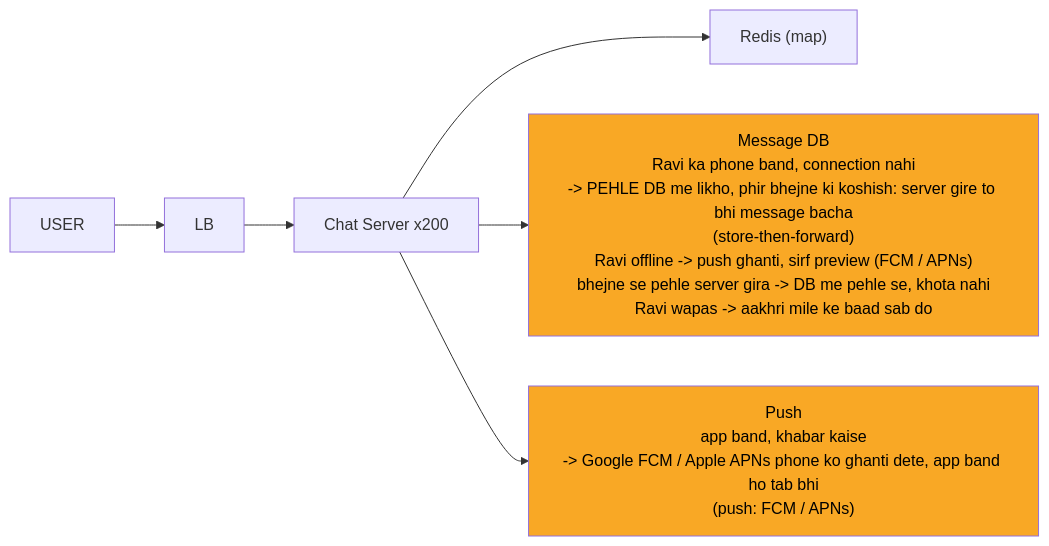
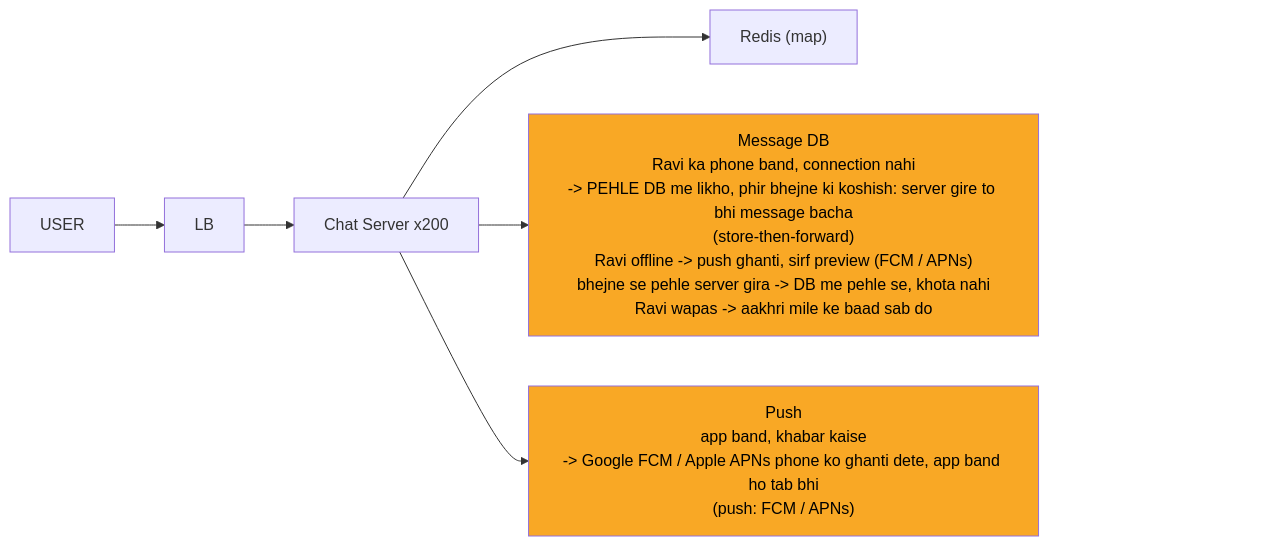
One commit to ArpanMaheshwari144/Prep changed the fourth of 12 diagrams in 04_HLD/SYSTEM_DESIGNS/14_chat_messaging/14_chat_messaging.md. Above: the diagram before and after it, drawn with Mermaid. The commit also changed other lines of this file and 13 other files, not shown here.

Commit message:
hld 14 file: har diagram ke daayein andekha dabba, zoom button asli dabbe pe na aaye

````diff
--- a/04_HLD/SYSTEM_DESIGNS/14_chat_messaging/14_chat_messaging.md
+++ b/04_HLD/SYSTEM_DESIGNS/14_chat_messaging/14_chat_messaging.md
@@ -197,17 +206,20 @@
 ```mermaid
 %%{init: {"flowchart": {"wrappingWidth": 450}}}%%
 flowchart LR
     n_U["USER"]
     n_LB["LB"]
     n_CS["Chat Server x200"]
     n_R["Redis (map)"]
     n_DB["Message DB<br/>Ravi ka phone band, connection nahi<br/>-> PEHLE DB me likho, phir bhejne ki koshish: server gire to bhi message bacha<br/>(store-then-forward)<br/>Ravi offline -> push ghanti, sirf preview (FCM / APNs)<br/>bhejne se pehle server gira -> DB me pehle se, khota nahi<br/>Ravi wapas -> aakhri mile ke baad sab do"]
     n_P["Push<br/>app band, khabar kaise<br/>-> Google FCM / Apple APNs phone ko ghanti dete, app band ho tab bhi<br/>(push: FCM / APNs)"]
     n_U --> n_LB
     n_LB --> n_CS
     n_CS --> n_R
     n_CS --> n_DB
     n_CS --> n_P
+    n_pad["xxxxxxxxxxxxxxxx"]
+    n_P ~~~ n_pad
     style n_DB fill:#f9a825,color:#000
     style n_P fill:#f9a825,color:#000
+    style n_pad fill:none,stroke:none,color:#ffffff00
 ```
````
